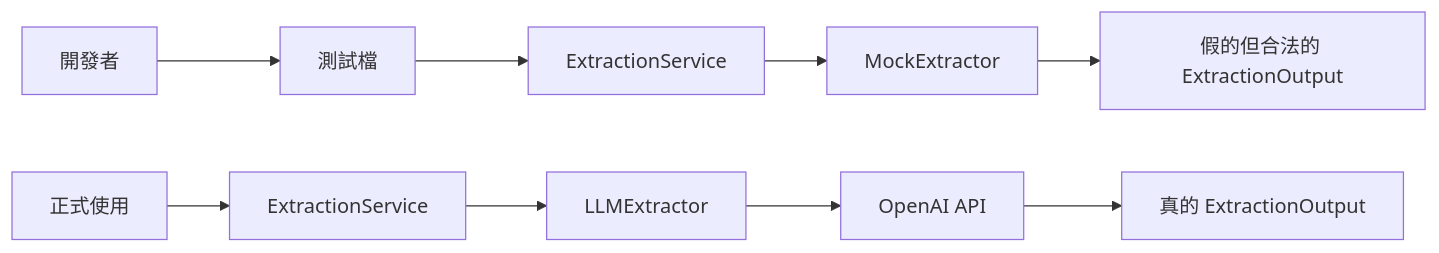
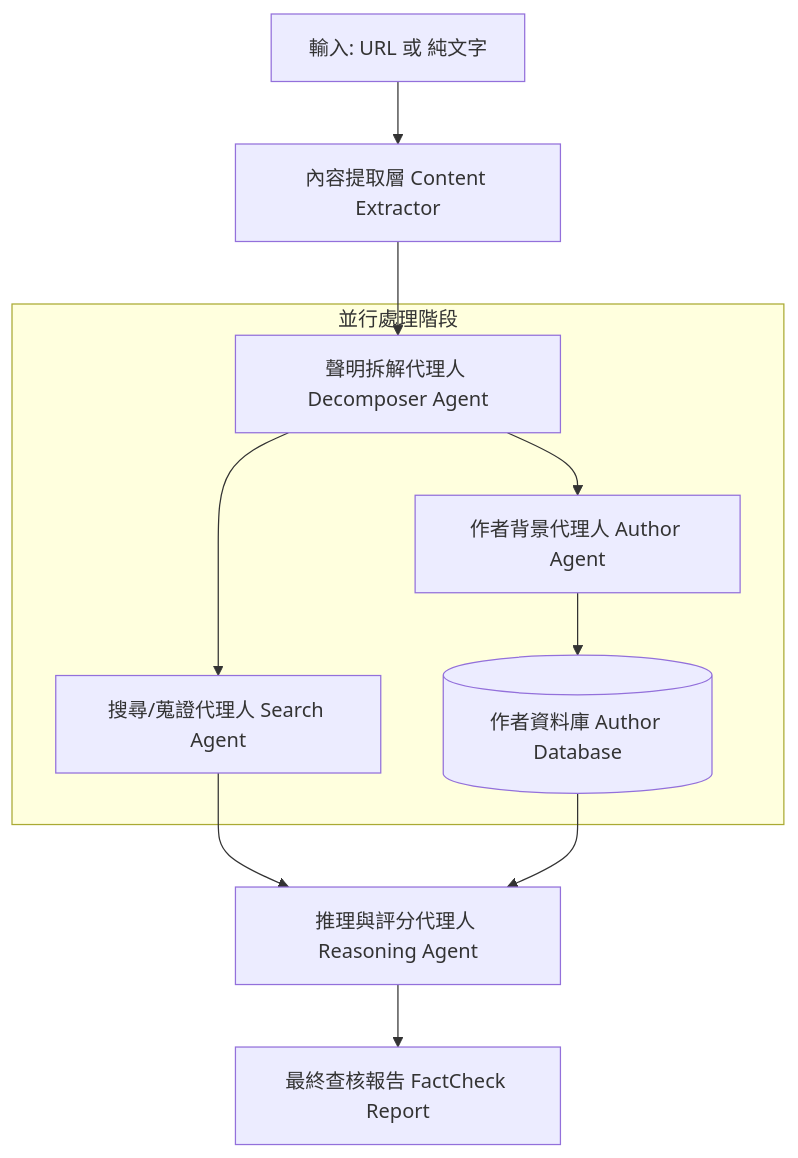
The second of 2 diagrams in README.md (iknowyou122/ai-fast-track), drawn with Mermaid before and after one commit. The commit also changed other lines of this file, not shown here.

````diff
--- a/README.md
+++ b/README.md
@@ -278,12 +101,16 @@
 ```mermaid
-flowchart LR
-  DEV[開發者] --> TEST[測試檔]
-  TEST --> SERVICE[ExtractionService]
-  SERVICE --> MOCK[MockExtractor]
-  MOCK --> RESULT[假的但合法的 ExtractionOutput]
-
-  PROD[正式使用] --> SERVICE2[ExtractionService]
-  SERVICE2 --> LLM[LLMExtractor]
-  LLM --> OPENAI[OpenAI API]
-  OPENAI --> RESULT2[真的 ExtractionOutput]
+graph TD
+    Input[輸入: URL 或 純文字] --> Extractor[內容提取層 Content Extractor]
+    Extractor --> Decomposer[聲明拆解代理人 Decomposer Agent]
+    
+    subgraph ParallelProcessing [並行處理階段]
+        Decomposer --> Search[搜尋/蒐證代理人 Search Agent]
+        Decomposer --> Author[作者背景代理人 Author Agent]
+        Author --> AuthorDB[(作者資料庫 Author Database)]
+    end
+    
+    Search --> Reasoning[推理與評分代理人 Reasoning Agent]
+    AuthorDB --> Reasoning
+    
+    Reasoning --> Report[最終查核報告 FactCheck Report]
 ```
````
